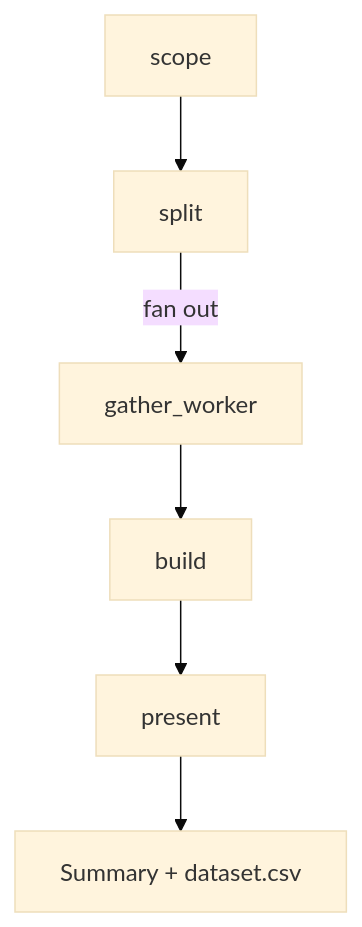
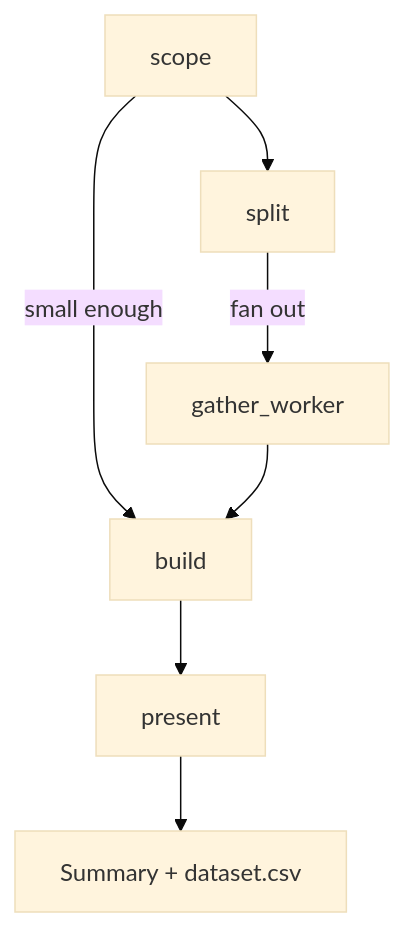
Before and after one commit to GEMISIS/leviath: the fourth of 10 diagrams in docs/content/agent-catalog.md, drawn with Mermaid (base theme). The commit also changed other lines of this file, not shown here.

````diff
--- a/docs/content/agent-catalog.md
+++ b/docs/content/agent-catalog.md
@@ -110,8 +117,9 @@
 ```mermaid
 flowchart TD
     scope --> split
+    scope -->|small enough| build
     split -->|fan out| gather_worker
     gather_worker --> build
     build --> present
     present --> done["Summary + dataset.csv"]
 ```
````
